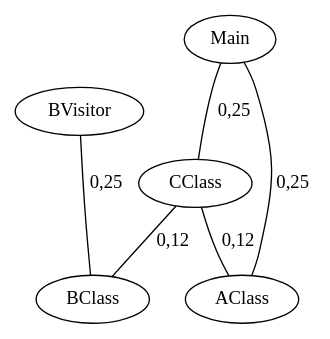
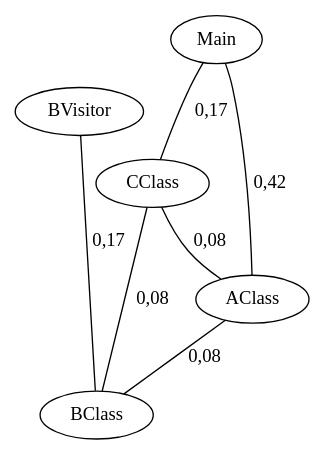
The diagram in Graphes/g.dot (Sebato/TP2_Couplage_V2), drawn with Graphviz before and after one commit. The commit also changed 13 other files, not shown here.

```diff
--- a/Graphes/g.dot
+++ b/Graphes/g.dot
@@ -1,12 +1,13 @@
 strict graph G {
   CClass;
   BVisitor;
   BClass;
   AClass;
   Main;
-  CClass -- BClass [ weight="0.125" label="0,12" ];
-  CClass -- AClass [ weight="0.125" label="0,12" ];
-  BVisitor -- BClass [ weight="0.25" label="0,25" ];
-  Main -- CClass [ weight="0.25" label="0,25" ];
-  Main -- AClass [ weight="0.25" label="0,25" ];
+  CClass -- BClass [ weight="0.08333333333333333" label="0,08" ];
+  CClass -- AClass [ weight="0.08333333333333333" label="0,08" ];
+  BVisitor -- BClass [ weight="0.16666666666666666" label="0,17" ];
+  AClass -- BClass [ weight="0.08333333333333333" label="0,08" ];
+  Main -- CClass [ weight="0.16666666666666666" label="0,17" ];
+  Main -- AClass [ weight="0.4166666666666667" label="0,42" ];
 }
```
